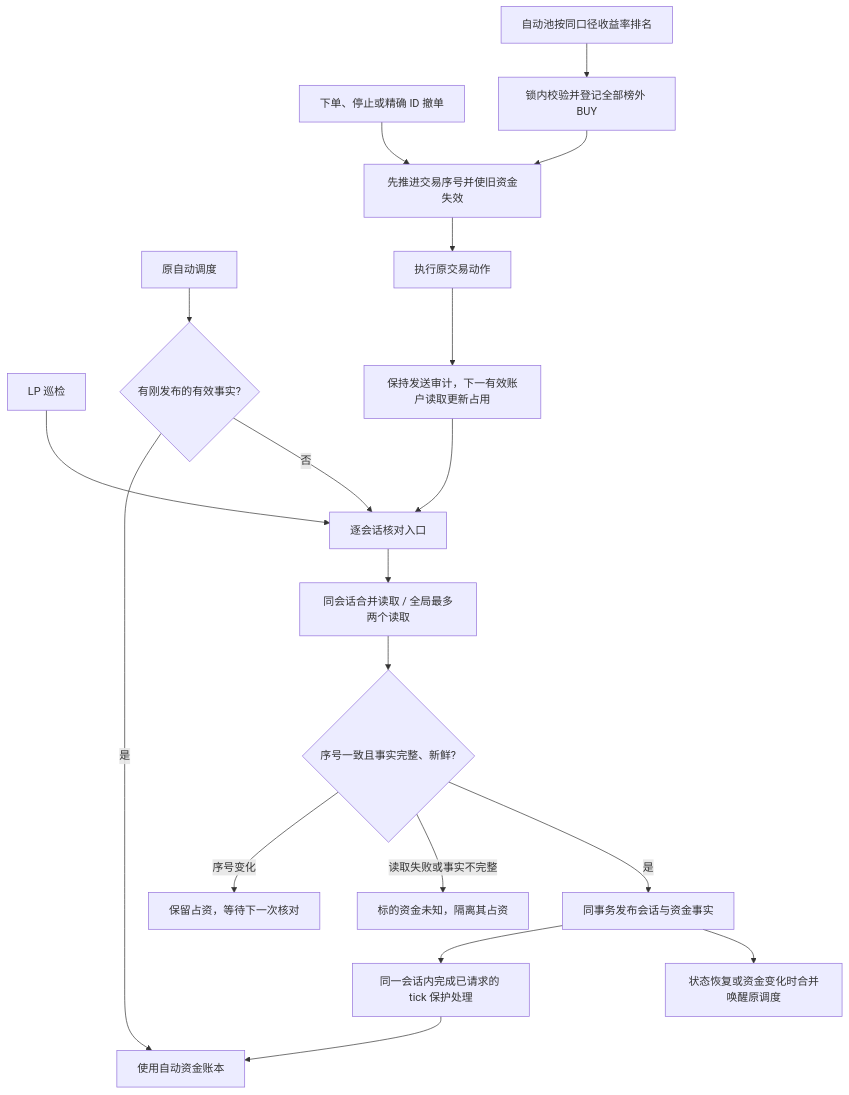
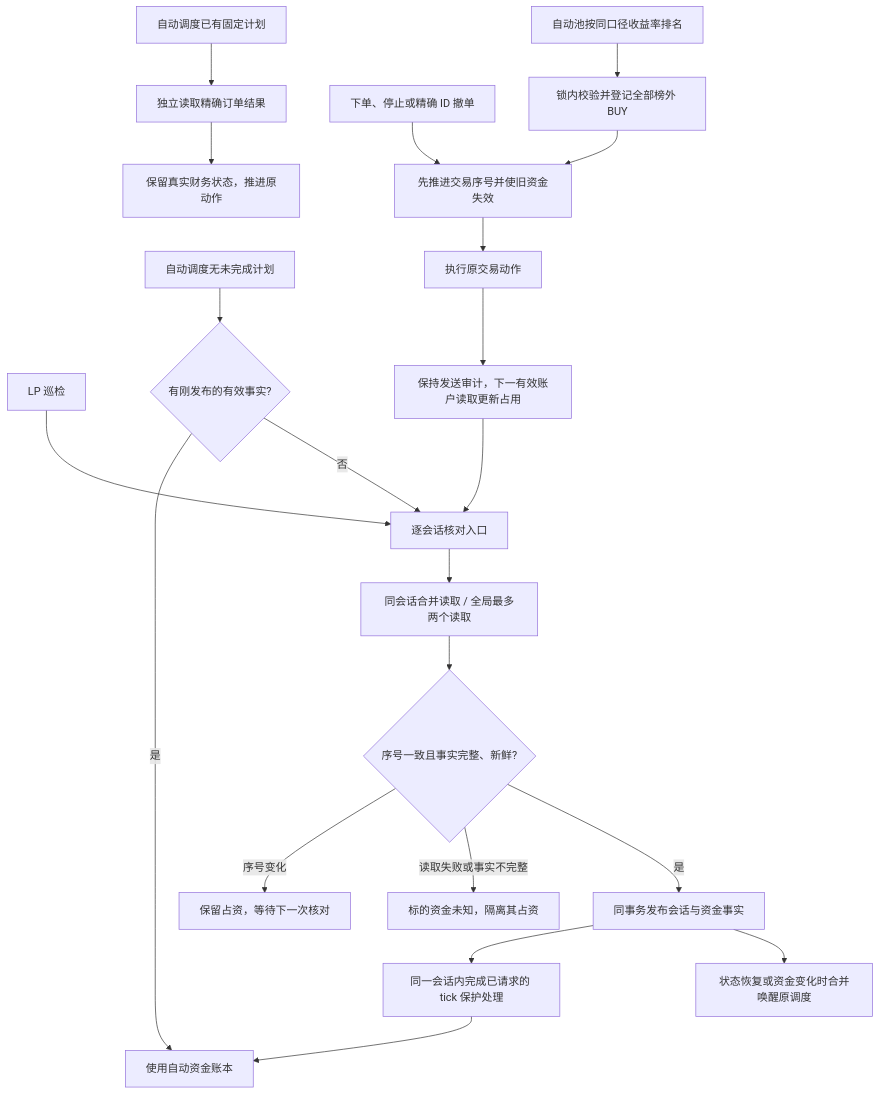
One commit to raymizzou/open_trader changed the diagram in docs/contexts/prediction-arbitrage/CONTEXT.md. Above: the diagram before and after it, drawn with Mermaid. The commit also changed other lines of this file and 25 other files, not shown here.

````diff
--- a/docs/contexts/prediction-arbitrage/CONTEXT.md
+++ b/docs/contexts/prediction-arbitrage/CONTEXT.md
@@ -129,21 +129,23 @@
 ```mermaid
 flowchart TD
     Tick[LP 巡检] --> Shared[逐会话核对入口]
-    Auto[原自动调度] --> Fresh{有刚发布的有效事实?}
+    Auto[自动调度无未完成计划] --> Fresh{有刚发布的有效事实?}
+    AutoPlan[自动调度已有固定计划] --> Results[独立读取精确订单结果]
+    Results --> Progress[保留真实财务状态，推进原动作]
     Fresh -->|是| Ledger[使用自动资金账本]
     Fresh -->|否| Shared
     Shared --> Read[同会话合并读取 / 全局最多两个读取]
     Change[下单、停止或精确 ID 撤单] --> Fence[先推进交易序号并使旧资金失效]
     Rank[自动池按同口径收益率排名] --> Batch[锁内校验并登记全部榜外 BUY]
     Batch --> Fence
     Fence --> Send[执行原交易动作]
     Send --> Pending[保持发送审计，下一有效账户读取更新占用]
     Pending --> Shared
     Read --> Check{序号一致且事实完整、新鲜?}
     Check -->|序号变化| Retry[保留占资，等待下一次核对]
     Check -->|读取失败或事实不完整| Unknown[标的资金未知，隔离其占资]
     Check -->|是| Publish[同事务发布会话与资金事实]
     Publish --> Monitor[同一会话内完成已请求的 tick 保护处理]
     Monitor --> Ledger
     Publish --> Wake[状态恢复或资金变化时合并唤醒原调度]
 ```
````
